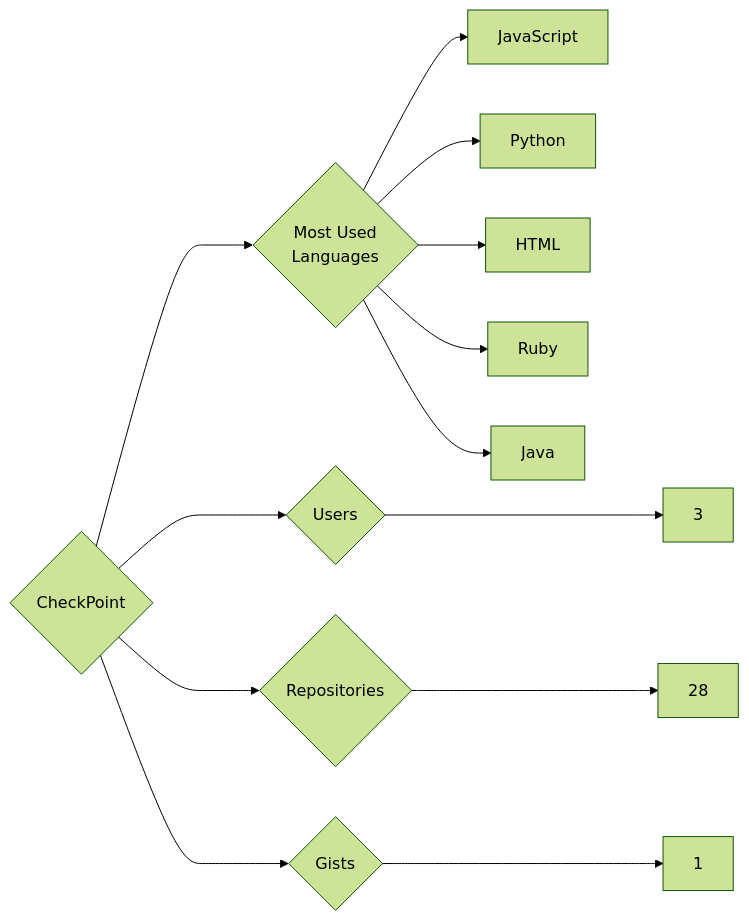
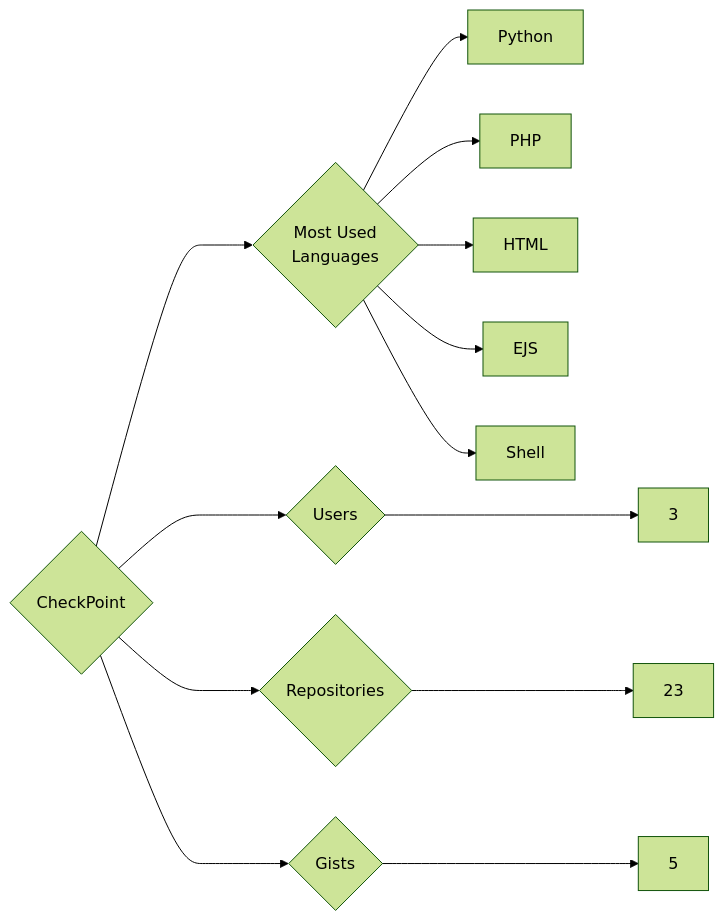
Before and after one commit to trickest/insiders: the diagram in targets/CheckPoint/README.md, drawn with Mermaid (forest theme). The commit also changed 1084 other files, not shown here.

````diff
--- a/targets/CheckPoint/README.md
+++ b/targets/CheckPoint/README.md
@@ -3,13 +3,13 @@
 ```mermaid
 graph LR
 COMPANY_NAME{CheckPoint}
 COMPANY_NAME ---> U{Users} ---> UN[3]
-COMPANY_NAME ---> R{Repositories} ---> RN[28]
-COMPANY_NAME ---> G{Gists} ---> GN[1]
+COMPANY_NAME ---> R{Repositories} ---> RN[23]
+COMPANY_NAME ---> G{Gists} ---> GN[5]
 COMPANY_NAME ---> ML{Most Used<br>Languages}
-ML --> JavaScript[JavaScript]
 ML --> Python[Python]
+ML --> PHP[PHP]
 ML --> HTML[HTML]
-ML --> Ruby[Ruby]
-ML --> Java[Java]
+ML --> EJS[EJS]
+ML --> Shell[Shell]
 ```
````
